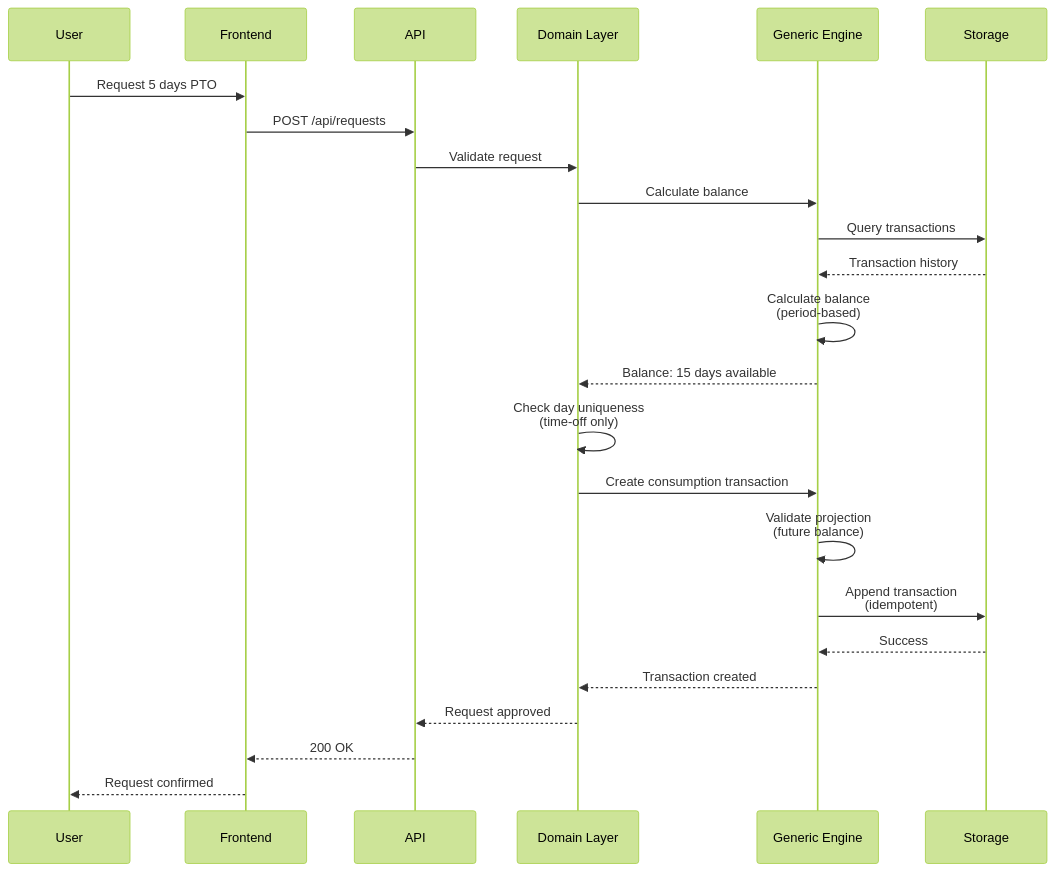
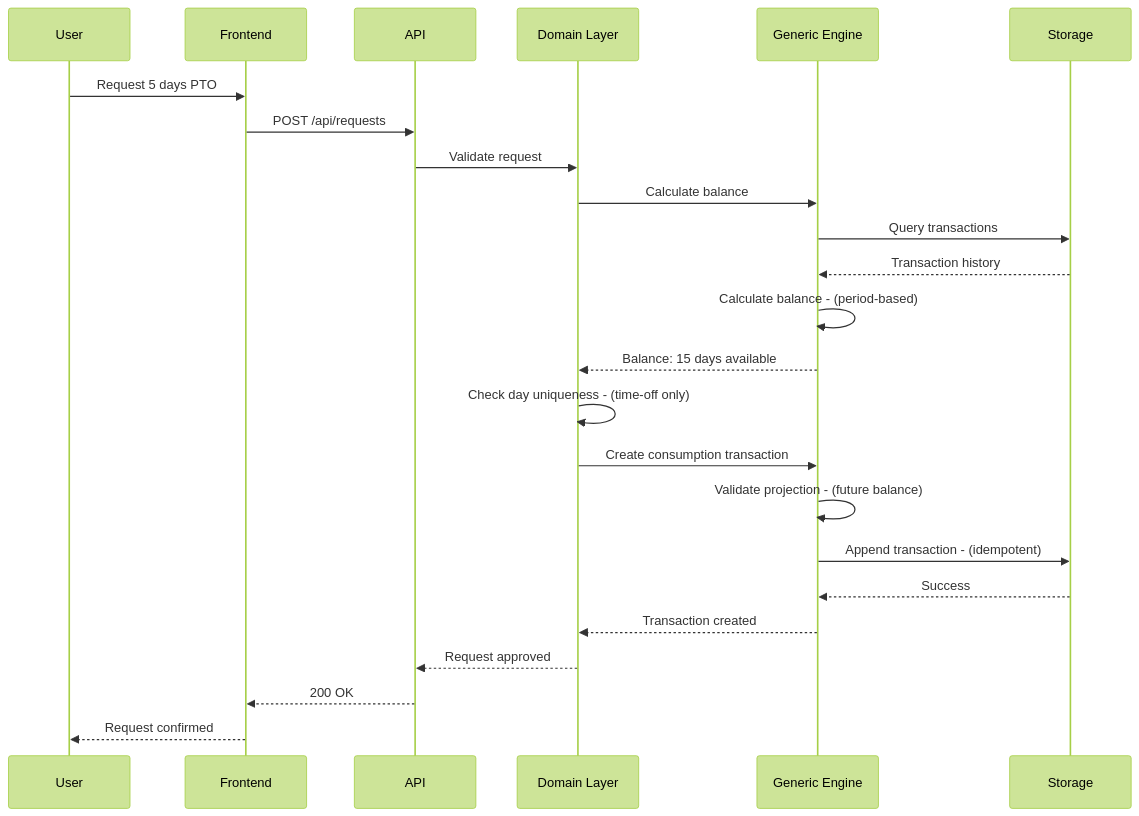
One commit to AntoineToussaint/timeoff changed the third of 22 diagrams in README.md. Above: the diagram before and after it, drawn with Mermaid (forest theme). The commit also changed other lines of this file, not shown here.

First line of the commit message:
Fix Mermaid diagrams for GitHub rendering

````diff
--- a/README.md
+++ b/README.md
@@ -184,27 +173,27 @@
 ```mermaid
 sequenceDiagram
     participant User
     participant Frontend
     participant API
     participant Domain as Domain Layer
     participant Engine as Generic Engine
     participant Store as Storage
 
     User->>Frontend: Request 5 days PTO
     Frontend->>API: POST /api/requests
     API->>Domain: Validate request
     Domain->>Engine: Calculate balance
     Engine->>Store: Query transactions
     Store-->>Engine: Transaction history
-    Engine->>Engine: Calculate balance<br/>(period-based)
+    Engine->>Engine: Calculate balance - (period-based)
     Engine-->>Domain: Balance: 15 days available
-    Domain->>Domain: Check day uniqueness<br/>(time-off only)
+    Domain->>Domain: Check day uniqueness - (time-off only)
     Domain->>Engine: Create consumption transaction
-    Engine->>Engine: Validate projection<br/>(future balance)
-    Engine->>Store: Append transaction<br/>(idempotent)
+    Engine->>Engine: Validate projection - (future balance)
+    Engine->>Store: Append transaction - (idempotent)
     Store-->>Engine: Success
     Engine-->>Domain: Transaction created
     Domain-->>API: Request approved
     API-->>Frontend: 200 OK
     Frontend-->>User: Request confirmed
 ```
````
